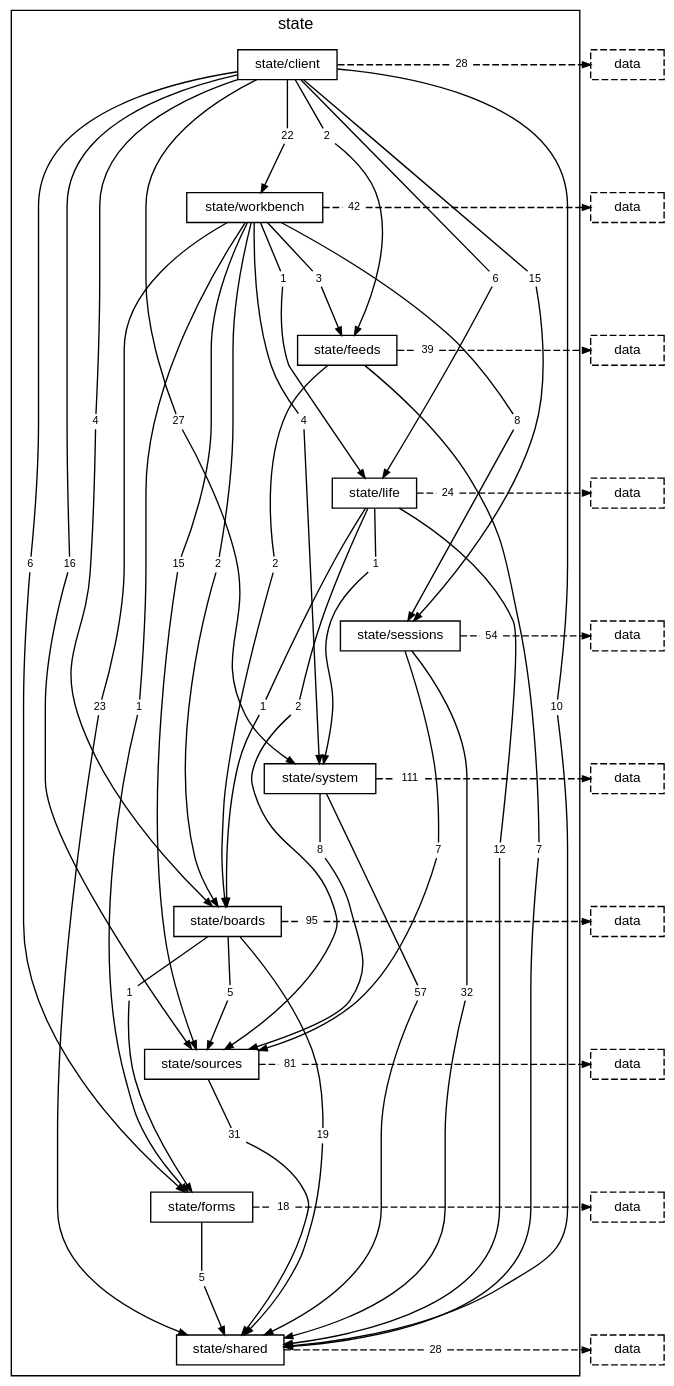
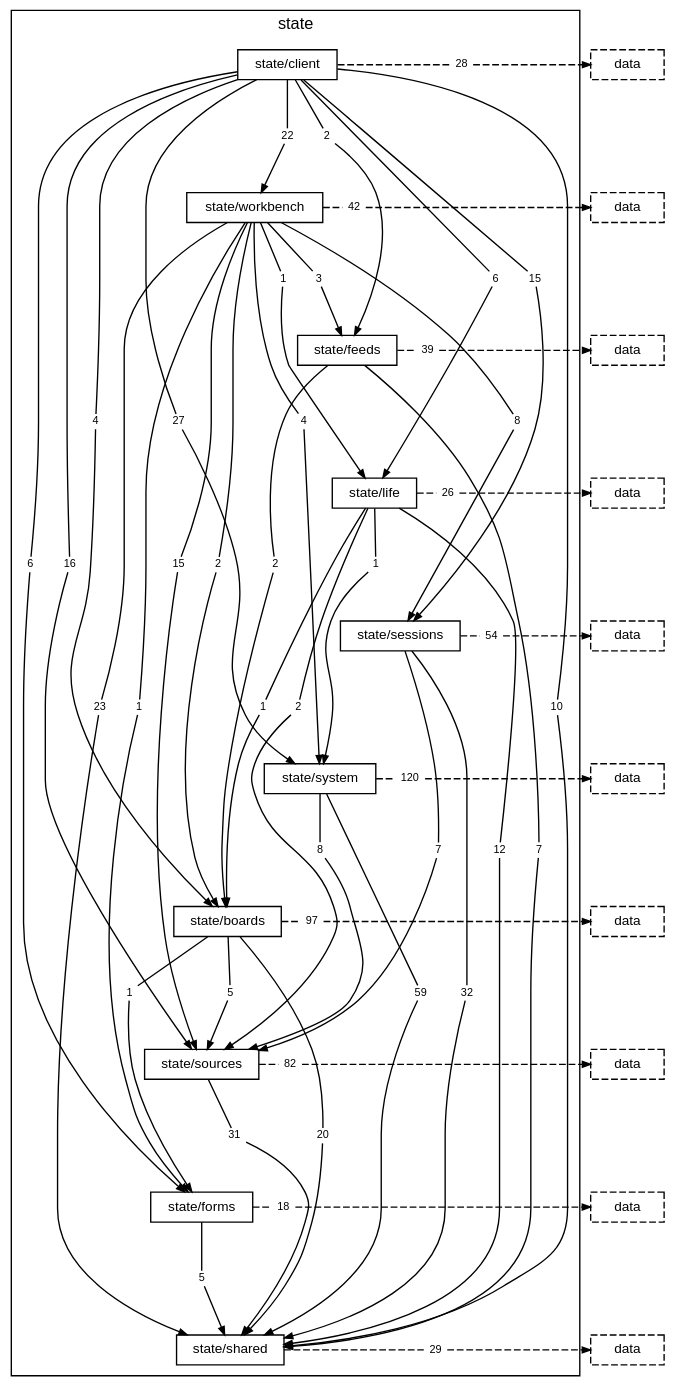
One commit to TheAxeC/oculus changed the diagram in docs/diagrams/layer-state.dot. Above: the diagram before and after it, drawn with Graphviz. The commit also changed 233 other files, not shown here.

```diff
--- a/docs/diagrams/layer-state.dot
+++ b/docs/diagrams/layer-state.dot
@@ -40,22 +40,22 @@
         "folder state/life to folder state/shared" [label="12", shape=box, color="transparent", fontsize=8, width=0, height=0, margin="0.04,0.02"];
         "folder state/life to folder state/sources" [label="2", shape=box, color="transparent", fontsize=8, width=0, height=0, margin="0.04,0.02"];
         "folder state/life to folder state/system" [label="1", shape=box, color="transparent", fontsize=8, width=0, height=0, margin="0.04,0.02"];
-        "folder state/life to layer data" [label="24", shape=box, color="transparent", fontsize=8, width=0, height=0, margin="0.04,0.02"];
+        "folder state/life to layer data" [label="26", shape=box, color="transparent", fontsize=8, width=0, height=0, margin="0.04,0.02"];
         "folder state/sessions to folder state/shared" [label="32", shape=box, color="transparent", fontsize=8, width=0, height=0, margin="0.04,0.02"];
         "folder state/sessions to folder state/sources" [label="7", shape=box, color="transparent", fontsize=8, width=0, height=0, margin="0.04,0.02"];
         "folder state/sessions to layer data" [label="54", shape=box, color="transparent", fontsize=8, width=0, height=0, margin="0.04,0.02"];
-        "folder state/system to folder state/shared" [label="57", shape=box, color="transparent", fontsize=8, width=0, height=0, margin="0.04,0.02"];
+        "folder state/system to folder state/shared" [label="59", shape=box, color="transparent", fontsize=8, width=0, height=0, margin="0.04,0.02"];
         "folder state/system to folder state/sources" [label="8", shape=box, color="transparent", fontsize=8, width=0, height=0, margin="0.04,0.02"];
-        "folder state/system to layer data" [label="111", shape=box, color="transparent", fontsize=8, width=0, height=0, margin="0.04,0.02"];
+        "folder state/system to layer data" [label="120", shape=box, color="transparent", fontsize=8, width=0, height=0, margin="0.04,0.02"];
         "folder state/boards to folder state/forms" [label="1", shape=box, color="transparent", fontsize=8, width=0, height=0, margin="0.04,0.02"];
-        "folder state/boards to folder state/shared" [label="19", shape=box, color="transparent", fontsize=8, width=0, height=0, margin="0.04,0.02"];
+        "folder state/boards to folder state/shared" [label="20", shape=box, color="transparent", fontsize=8, width=0, height=0, margin="0.04,0.02"];
         "folder state/boards to folder state/sources" [label="5", shape=box, color="transparent", fontsize=8, width=0, height=0, margin="0.04,0.02"];
-        "folder state/boards to layer data" [label="95", shape=box, color="transparent", fontsize=8, width=0, height=0, margin="0.04,0.02"];
+        "folder state/boards to layer data" [label="97", shape=box, color="transparent", fontsize=8, width=0, height=0, margin="0.04,0.02"];
         "folder state/sources to folder state/shared" [label="31", shape=box, color="transparent", fontsize=8, width=0, height=0, margin="0.04,0.02"];
-        "folder state/sources to layer data" [label="81", shape=box, color="transparent", fontsize=8, width=0, height=0, margin="0.04,0.02"];
+        "folder state/sources to layer data" [label="82", shape=box, color="transparent", fontsize=8, width=0, height=0, margin="0.04,0.02"];
         "folder state/forms to folder state/shared" [label="5", shape=box, color="transparent", fontsize=8, width=0, height=0, margin="0.04,0.02"];
         "folder state/forms to layer data" [label="18", shape=box, color="transparent", fontsize=8, width=0, height=0, margin="0.04,0.02"];
-        "folder state/shared to layer data" [label="28", shape=box, color="transparent", fontsize=8, width=0, height=0, margin="0.04,0.02"];
+        "folder state/shared to layer data" [label="29", shape=box, color="transparent", fontsize=8, width=0, height=0, margin="0.04,0.02"];
     }
     "layer data from folder state/client" [label="data", style=dashed];
     "layer data from folder state/workbench" [label="data", style=dashed];
```
